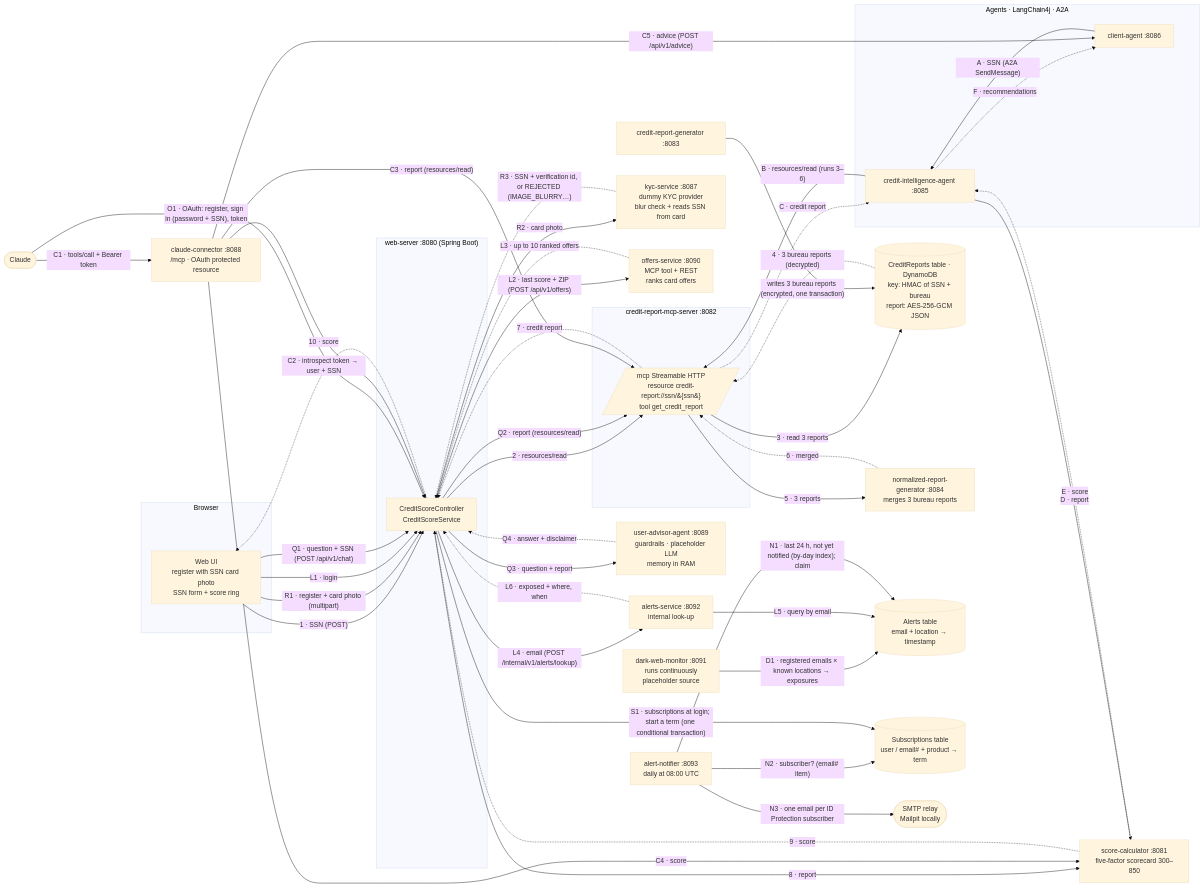
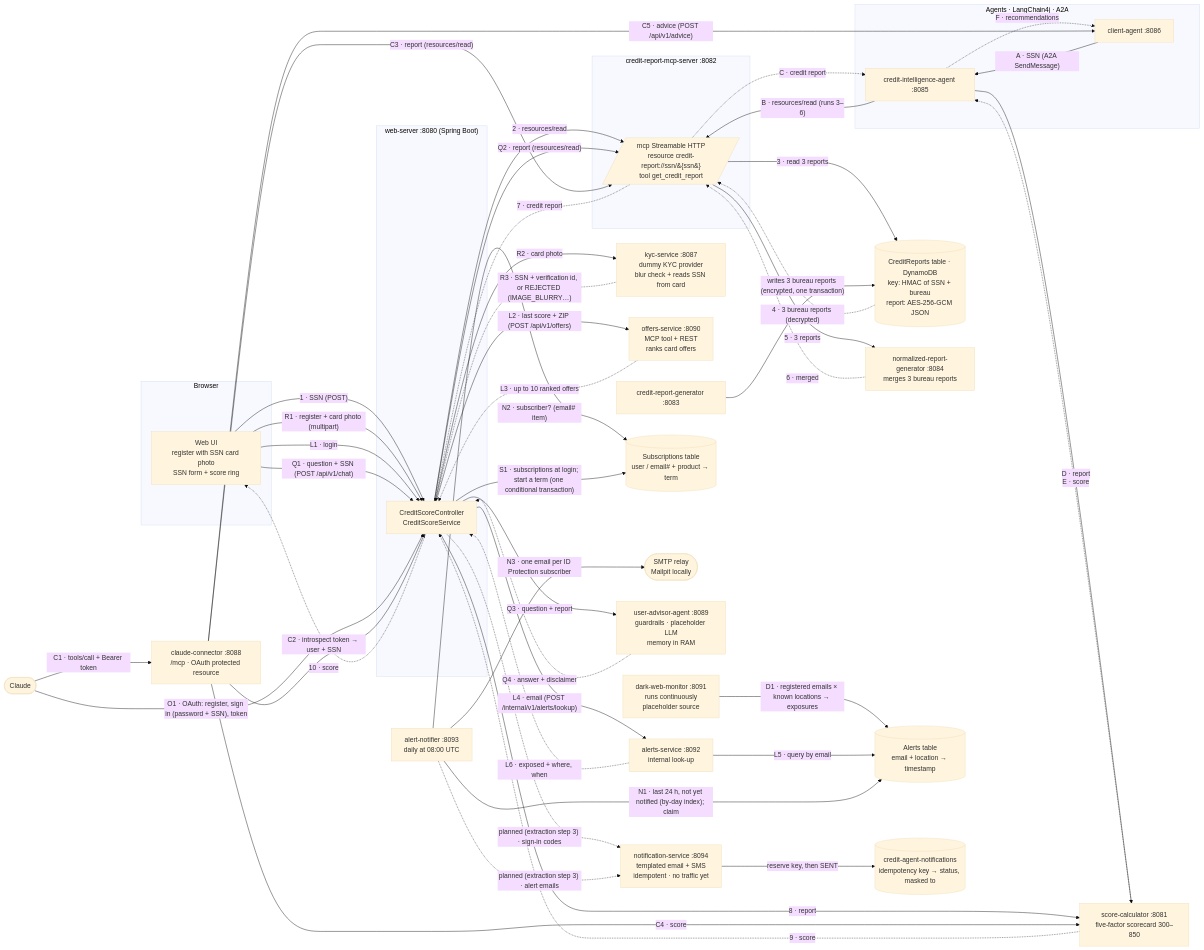
One commit to manojkhanwalkar/creditagent changed the first of 8 diagrams in docs/architecture.md. Above: the diagram before and after it, drawn with Mermaid (base theme). The commit also changed other lines of this file and 38 other files, not shown here.

First line of the commit message:
Notifications N2: notification-service (templated email and SMS, idempotent) (#41)

````diff
--- a/docs/architecture.md
+++ b/docs/architecture.md
@@ -5,73 +5,78 @@
 ```mermaid
 flowchart LR
     subgraph Browser
         UI[Web UI<br/>register with SSN card photo<br/>SSN form + score ring]
     end
     subgraph Web["web-server :8080 (Spring Boot)"]
         WS[CreditScoreController<br/>CreditScoreService]
     end
     subgraph MCP["credit-report-mcp-server :8082"]
         M[/mcp Streamable HTTP<br/>resource credit-report://ssn/&#123;ssn&#125;<br/>tool get_credit_report/]
     end
     FS[(CreditReports table · DynamoDB<br/>key: HMAC of SSN + bureau<br/>report: AES-256-GCM JSON)]
     NRG[normalized-report-generator :8084<br/>merges 3 bureau reports]
     GEN[credit-report-generator :8083]
     SC[score-calculator :8081<br/>five-factor scorecard 300–850]
     KYC[kyc-service :8087<br/>dummy KYC provider<br/>blur check + reads SSN from card]
     subgraph Agents["Agents · LangChain4j · A2A"]
         CA[client-agent :8086]
         CIA[credit-intelligence-agent :8085]
     end
     OFS[offers-service :8090<br/>MCP tool + REST<br/>ranks card offers]
     DWM[dark-web-monitor :8091<br/>runs continuously<br/>placeholder source]
     AT[(Alerts table<br/>email + location → timestamp)]
     ALS[alerts-service :8092<br/>internal look-up]
     AN[alert-notifier :8093<br/>daily at 08:00 UTC]
+    NS[notification-service :8094<br/>templated email + SMS<br/>idempotent · no traffic yet]
+    NT[(credit-agent-notifications<br/>idempotency key → status, masked to)]
     ST[(Subscriptions table<br/>user / email# + product → term)]
     MAIL([SMTP relay<br/>Mailpit locally])
     UAA[user-advisor-agent :8089<br/>guardrails · placeholder LLM<br/>memory in RAM]
     CL([Claude])
     CC[claude-connector :8088<br/>/mcp · OAuth protected resource]
 
     UI -- "1 · SSN (POST)" --> WS
     WS -- "2 · resources/read" --> M
     M -- "3 · read 3 reports" --> FS
     FS -. "4 · 3 bureau reports (decrypted)" .-> M
     M -- "5 · 3 reports" --> NRG
     NRG -. "6 · merged" .-> M
     M -. "7 · credit report" .-> WS
     WS -- "8 · report" --> SC
     SC -. "9 · score" .-> WS
     WS -. "10 · score" .-> UI
     GEN -- "writes 3 bureau reports (encrypted, one transaction)" --> FS
     UI -- "R1 · register + card photo (multipart)" --> WS
     WS -- "R2 · card photo" --> KYC
     KYC -. "R3 · SSN + verification id, or REJECTED (IMAGE_BLURRY…)" .-> WS
     CA -- "A · SSN (A2A SendMessage)" --> CIA
     CIA -- "B · resources/read (runs 3–6)" --> M
     M -. "C · credit report" .-> CIA
     CIA -- "D · report" --> SC
     SC -. "E · score" .-> CIA
     CIA -. "F · recommendations" .-> CA
     UI -- "L1 · login" --> WS
     WS -- "L2 · last score + ZIP (POST /api/v1/offers)" --> OFS
     OFS -. "L3 · up to 10 ranked offers" .-> WS
     DWM -- "D1 · registered emails × known locations → exposures" --> AT
     WS -- "L4 · email (POST /internal/v1/alerts/lookup)" --> ALS
     ALS -- "L5 · query by email" --> AT
     ALS -. "L6 · exposed + where, when" .-> WS
     AN -- "N1 · last 24 h, not yet notified (by-day index); claim" --> AT
     AN -- "N2 · subscriber? (email# item)" --> ST
     AN -- "N3 · one email per ID Protection subscriber" --> MAIL
     WS -- "S1 · subscriptions at login; start a term (one conditional transaction)" --> ST
     UI -- "Q1 · question + SSN (POST /api/v1/chat)" --> WS
     WS -- "Q2 · report (resources/read)" --> M
     WS -- "Q3 · question + report" --> UAA
     UAA -. "Q4 · answer + disclaimer" .-> WS
     CL -- "O1 · OAuth: register, sign in (password + SSN), token" --> WS
     CL -- "C1 · tools/call + Bearer token" --> CC
     CC -- "C2 · introspect token → user + SSN" --> WS
     CC -- "C3 · report (resources/read)" --> M
     CC -- "C4 · score" --> SC
     CC -- "C5 · advice (POST /api/v1/advice)" --> CA
+    WS -. "planned (extraction step 3) · sign-in codes" .-> NS
+    AN -. "planned (extraction step 3) · alert emails" .-> NS
+    NS -- "reserve key, then SENT" --> NT
 ```
````
